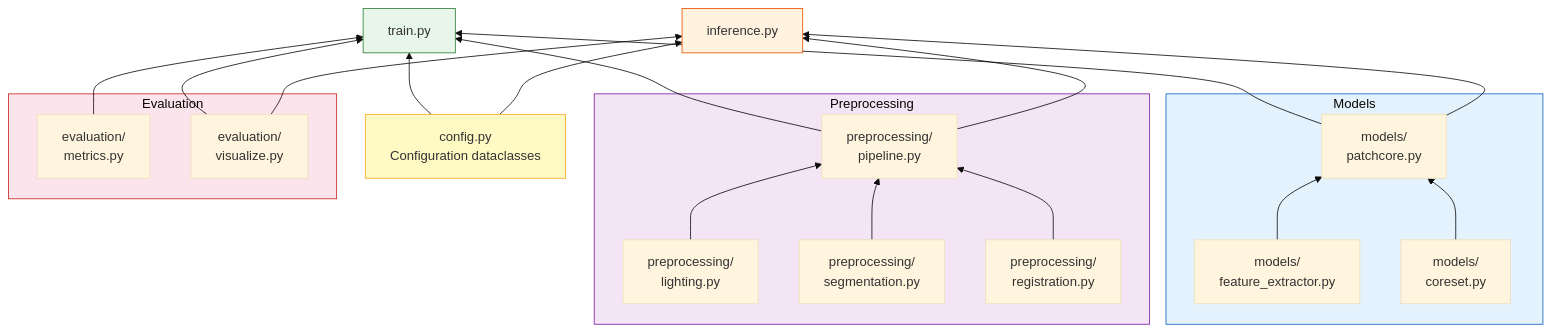
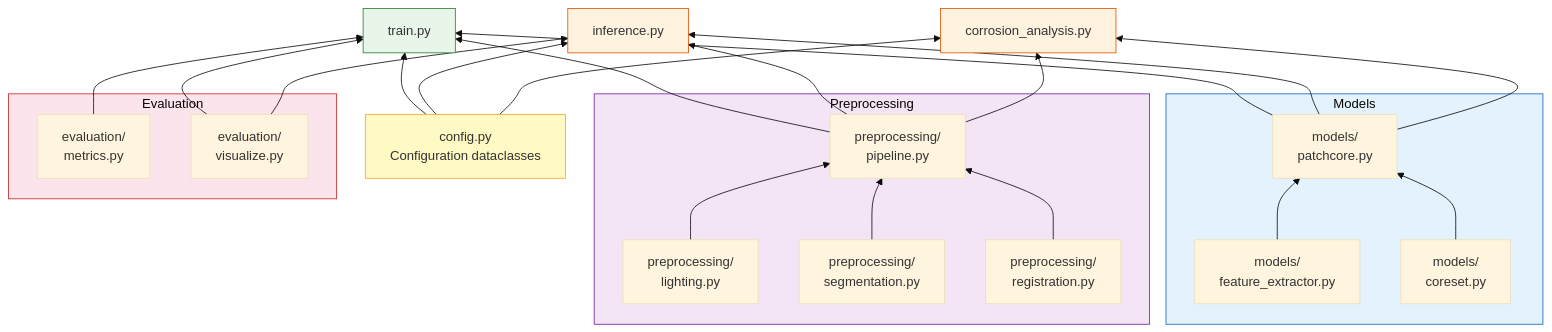
The sixth of 6 diagrams in ARCHITECTURE.md (paarth-sharma/rust-detection), drawn with Mermaid (base theme) before and after one commit. The commit also changed other lines of this file and 173 other files, not shown here.

````diff
--- a/ARCHITECTURE.md
+++ b/ARCHITECTURE.md
@@ -211,49 +227,54 @@
 ```mermaid
 graph BT
     CONFIG["config.py<br/>Configuration dataclasses"]
 
     subgraph Preprocessing
         LIGHT["preprocessing/<br/>lighting.py"]
         SEGM["preprocessing/<br/>segmentation.py"]
         REG["preprocessing/<br/>registration.py"]
         PIPE["preprocessing/<br/>pipeline.py"]
     end
 
     subgraph Models
         FEAT["models/<br/>feature_extractor.py"]
         CORE["models/<br/>coreset.py"]
         PC["models/<br/>patchcore.py"]
     end
 
     subgraph Evaluation
         METR["evaluation/<br/>metrics.py"]
         VIS["evaluation/<br/>visualize.py"]
     end
 
     TRAIN["train.py"]
     INFER["inference.py"]
+    CA["corrosion_analysis.py"]
 
     LIGHT --> PIPE
     SEGM --> PIPE
     REG --> PIPE
 
     FEAT --> PC
     CORE --> PC
 
     CONFIG --> TRAIN
     CONFIG --> INFER
+    CONFIG --> CA
     PIPE --> TRAIN
     PIPE --> INFER
+    PIPE --> CA
     PC --> TRAIN
     PC --> INFER
+    PC --> CA
     METR --> TRAIN
     VIS --> TRAIN
     VIS --> INFER
 
     style CONFIG fill:#fff9c4,stroke:#F9A825
     style TRAIN fill:#e8f5e9,stroke:#2E7D32
     style INFER fill:#fff3e0,stroke:#E65100
+    style CA fill:#fff3e0,stroke:#E65100
     style Preprocessing fill:#f3e5f5,stroke:#7B1FA2
     style Models fill:#e3f2fd,stroke:#1565C0
     style Evaluation fill:#fce4ec,stroke:#C62828
 ```
````
